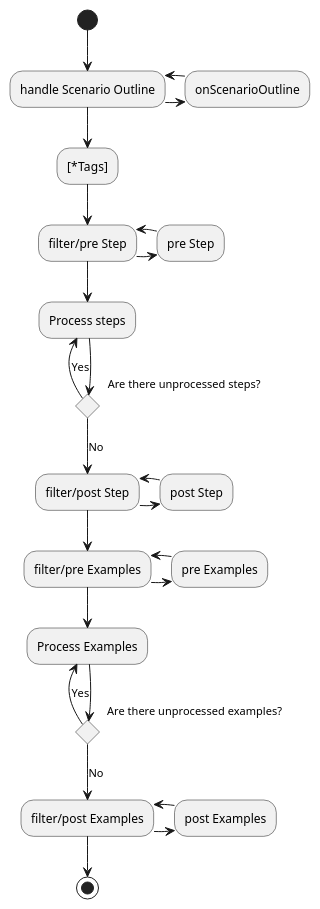
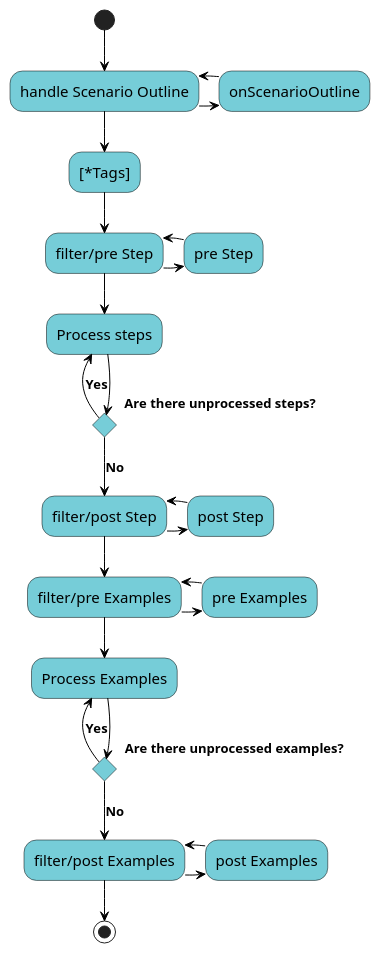
The diagram in src/data/scenarioOutline.puml (gherking/gherking-docs), drawn with PlantUML before and after one commit. The commit also changed 11 other files, not shown here.

Commit message:
plantuml visualization of the precompiler

```diff
--- a/src/data/scenarioOutline.puml
+++ b/src/data/scenarioOutline.puml
@@ -1,27 +1,37 @@
 @startuml
+skinparam activity {
+BackgroundColor #76CDD8
+ArrowColor black
+ArrowFontSize 13
+ArrowFontStyle bold
+ArrowFontName Segoe UI
+BorderColor black
+FontName Segoe UI
+FontSize 15
+}
 (*) --> "handle Scenario Outline"
 -right-> "onScenarioOutline"
 -left-> "handle Scenario Outline"
 --> "[*Tags]"
 --> "filter/pre Step"
 -right-> "pre Step"
 -left-> "filter/pre Step"
 --> "Process steps"
 If "Are there unprocessed steps?"
 -left-> [Yes] "Process steps"
 else
 --> [No] "filter/post Step"
 -right-> "post Step"
 -left-> "filter/post Step"
 --> "filter/pre Examples"
 -right-> "pre Examples"
 -left-> "filter/pre Examples"
 --> "Process Examples"
 If "Are there unprocessed examples?"
 -left-> [Yes] "Process Examples"
 else
 --> [No] "filter/post Examples"
 -right-> "post Examples"
 -left-> "filter/post Examples"
 --> (*)
 @enduml
```
